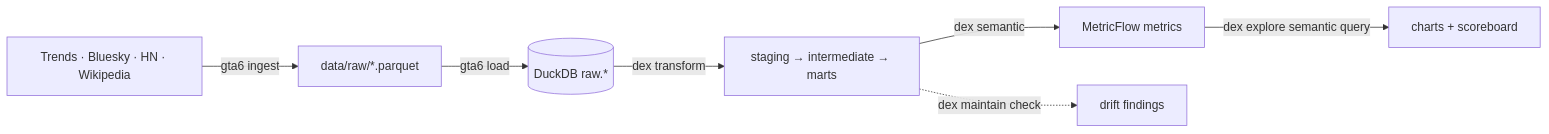
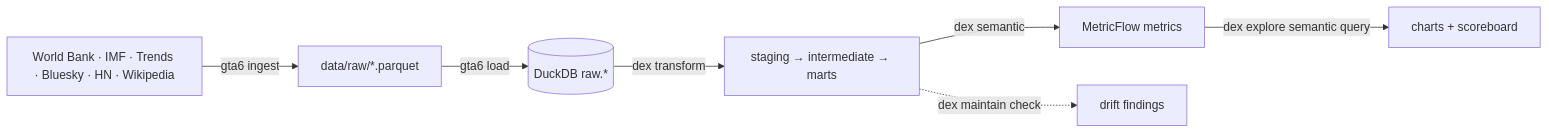
Before and after one commit to exmergo/gta6-productivity-impact: the diagram in README.md, drawn with Mermaid. The commit also changed other lines of this file and 182 other files, not shown here.

````diff
--- a/README.md
+++ b/README.md
@@ -131,9 +186,9 @@
 ```mermaid
 flowchart LR
-  A[Trends · Bluesky · HN · Wikipedia] -->|gta6 ingest| B[data/raw/*.parquet]
+  A[World Bank · IMF · Trends · Bluesky · HN · Wikipedia] -->|gta6 ingest| B[data/raw/*.parquet]
   B -->|gta6 load| C[(DuckDB raw.*)]
   C -->|dex transform| D[staging → intermediate → marts]
   D -->|dex semantic| E[MetricFlow metrics]
   E -->|dex explore semantic query| F[charts + scoreboard]
   D -.->|dex maintain check| G[drift findings]
 ```
````
